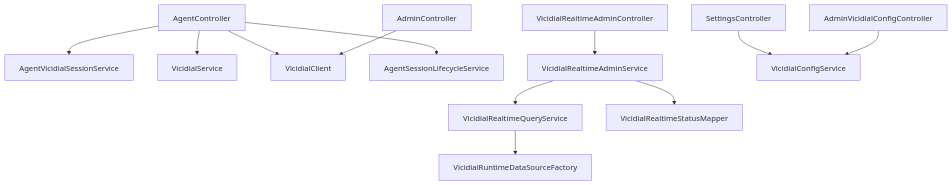
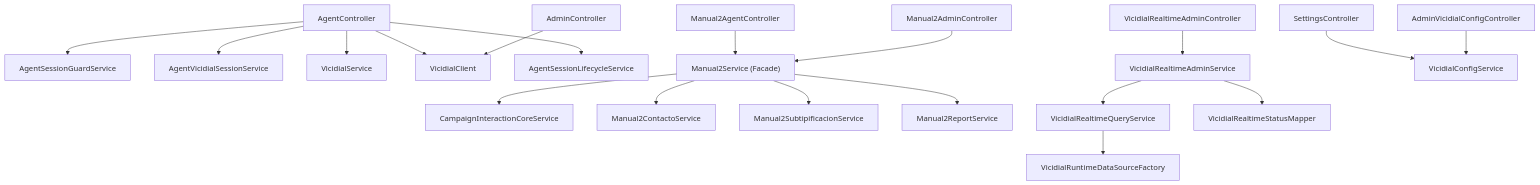
Before and after one commit to ysoto-m/TELCO3: the second of 6 diagrams in README.md, drawn with Mermaid. The commit also changed other lines of this file and 34 other files, not shown here.

````diff
--- a/README.md
+++ b/README.md
@@ -36,16 +43,24 @@
 ```mermaid
 flowchart TD
+  AC["AgentController"] --> AGUARD["AgentSessionGuardService"]
   AC["AgentController"] --> AVS["AgentVicidialSessionService"]
   AC --> VS["VicidialService"]
   AC --> VCL["VicidialClient"]
   AC --> SLC["AgentSessionLifecycleService"]
+
+  M2AC["Manual2AgentController"] --> M2S["Manual2Service (Facade)"]
+  M2ADC["Manual2AdminController"] --> M2S
+  M2S --> CORE["CampaignInteractionCoreService"]
+  M2S --> M2CONTACT["Manual2ContactoService"]
+  M2S --> M2SUB["Manual2SubtipificacionService"]
+  M2S --> M2REPORT["Manual2ReportService"]
 
   ARC["AdminController"] --> VCL
   ARC2["VicidialRealtimeAdminController"] --> ARS["VicidialRealtimeAdminService"]
   ARS --> VRQ["VicidialRealtimeQueryService"]
   ARS --> VSM["VicidialRealtimeStatusMapper"]
   VRQ --> VRT["VicidialRuntimeDataSourceFactory"]
 
   SET["SettingsController"] --> VCFG["VicidialConfigService"]
   AVCFG["AdminVicidialConfigController"] --> VCFG
 ```
````
